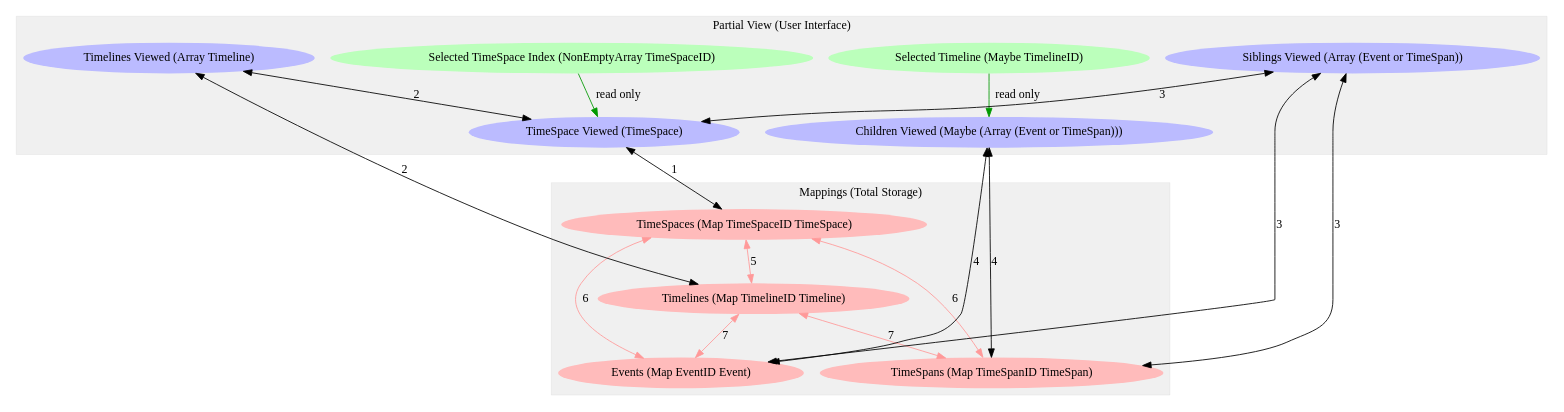
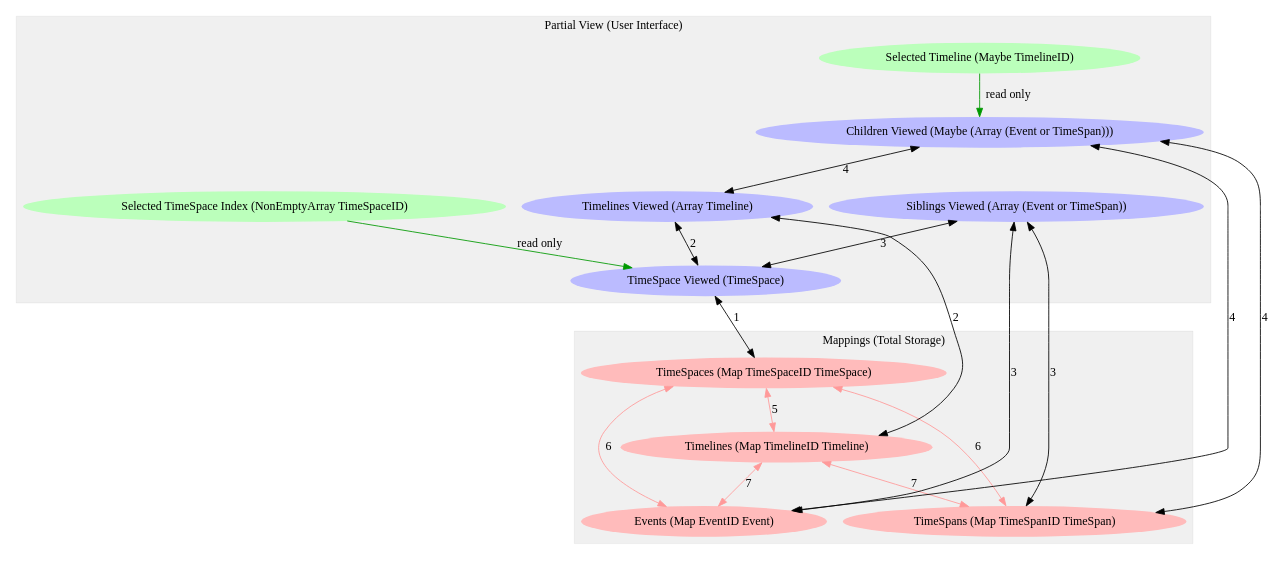
Before and after one commit to athanclark/purescript-timeline: the diagram in graphs/signals.dot, drawn with Graphviz. The commit also changed 2 other files, not shown here.

```diff
--- a/graphs/signals.dot
+++ b/graphs/signals.dot
@@ -1,48 +1,49 @@
 digraph Signals {
   size="48,32";
   // ratio="fill";
 
   subgraph cluster_0 {
     label="Mappings (Total Storage)";
     color="#0000000F";
     style="filled";
     timeSpaces[label="TimeSpaces (Map TimeSpaceID TimeSpace)",style="filled",fillcolor="#ffbbbb",penwidth="0"];
     timelines[label="Timelines (Map TimelineID Timeline)",style="filled",fillcolor="#ffbbbb",penwidth="0"];
     events[label="Events (Map EventID Event)",style="filled",fillcolor="#ffbbbb",penwidth="0"];
     timeSpans[label="TimeSpans (Map TimeSpanID TimeSpan)",style="filled",fillcolor="#ffbbbb",penwidth="0"];
   }
 
   subgraph cluster_1 {
     label="Partial View (User Interface)";
     color="#0000000F";
     style="filled";
     timeSpaceViewed[label="TimeSpace Viewed (TimeSpace)",style="filled",fillcolor="#bbbbff",penwidth="0"];
     timeSpaceIndex[label="Selected TimeSpace Index (NonEmptyArray TimeSpaceID)",style="filled",fillcolor="#bbffbb",penwidth="0"];
     timelinesViewed[label="Timelines Viewed (Array Timeline)",style="filled",fillcolor="#bbbbff",penwidth="0"];
     timelineSelected[label="Selected Timeline (Maybe TimelineID)",style="filled",fillcolor="#bbffbb",penwidth="0"];
     siblingsViewed[label="Siblings Viewed (Array (Event or TimeSpan))",style="filled",fillcolor="#bbbbff",penwidth="0"];
     childrenViewed[label="Children Viewed (Maybe (Array (Event or TimeSpan)))",style="filled",fillcolor="#bbbbff",penwidth="0"];
   }
 
   // inner mapping connectivity
   timeSpaces -> timelines [dir=both, color="#ff9999", label="5"];
   timeSpaces -> events [dir=both, color="#ff9999", label="6"];
   timeSpaces -> timeSpans [dir=both, color="#ff9999", label="6"];
   timelines -> events [dir=both, color="#ff9999", label="7"];
   timelines -> timeSpans [dir=both, color="#ff9999", label="7"];
 
   timeSpaceIndex -> timeSpaceViewed [color="#009900", label="read only"];
   timeSpaceViewed -> timeSpaces [dir=both, label="1"];
   // timeSpaceViewed -> timelines;
 
   timelinesViewed -> timeSpaceViewed [dir=both, label="2"];
   timelinesViewed -> timelines [dir=both, label="2"];
 
   siblingsViewed -> timeSpaceViewed [dir=both, label="3"];
   siblingsViewed -> events [dir=both, label="3"];
   siblingsViewed -> timeSpans [dir=both, label="3"];
 
   timelineSelected -> childrenViewed [color="#009900", label="read only"];
+  childrenViewed -> timelinesViewed [dir=both, label="4"];
   childrenViewed -> events [dir=both, label="4"];
   childrenViewed -> timeSpans [dir=both, label="4"];
 }
```
